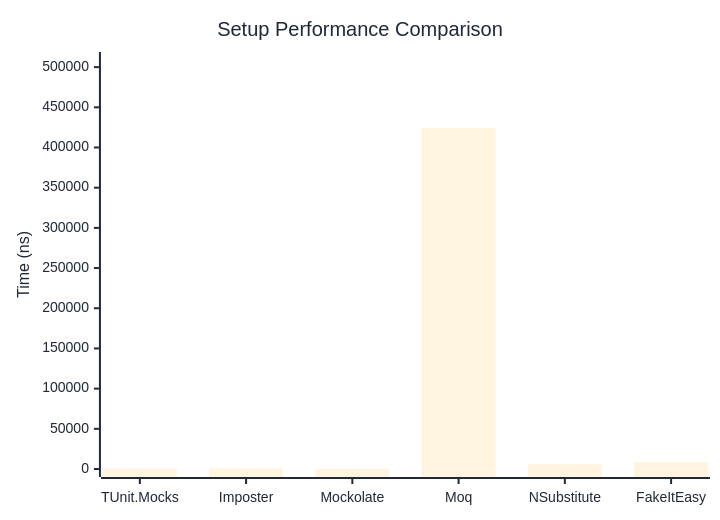
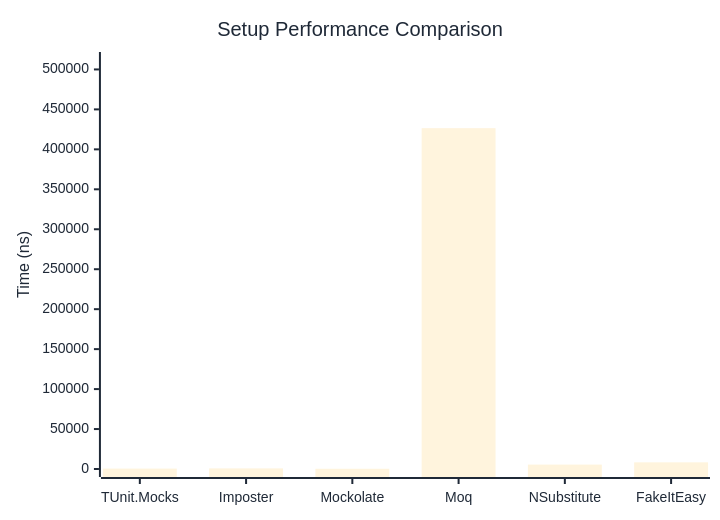
The first of 2 diagrams in docs/docs/benchmarks/mocks/Setup.md (thomhurst/TUnit), drawn with Mermaid before and after one commit. The commit also changed other lines of this file and 14 other files, not shown here.

````diff
--- a/docs/docs/benchmarks/mocks/Setup.md
+++ b/docs/docs/benchmarks/mocks/Setup.md
@@ -30,27 +30,27 @@
 ```mermaid
 %%{init: {
   'theme':'base',
   'themeVariables': {
     'primaryColor': '#2563eb',
     'primaryTextColor': '#1f2937',
     'primaryBorderColor': '#1e40af',
     'lineColor': '#6b7280',
     'secondaryColor': '#7c3aed',
     'tertiaryColor': '#dc2626',
     'background': '#ffffff',
     'pie1': '#2563eb',
     'pie2': '#7c3aed',
     'pie3': '#dc2626',
     'pie4': '#f59e0b',
     'pie5': '#10b981',
     'pie6': '#06b6d4',
     'pie7': '#ec4899',
     'pie8': '#6366f1'
   }
 }}%%
 xychart-beta
   title "Setup Performance Comparison"
   x-axis ["TUnit.Mocks", "Imposter", "Mockolate", "Moq", "NSubstitute", "FakeItEasy"]
-  y-axis "Time (ns)" 0 --> 508871
-  bar [529.7, 837.7, 319.1, 424058.7, 5807, 8626.6]
+  y-axis "Time (ns)" 0 --> 511809
+  bar [508.9, 765.6, 305, 426507.3, 5507, 8331.1]
 ```
````
